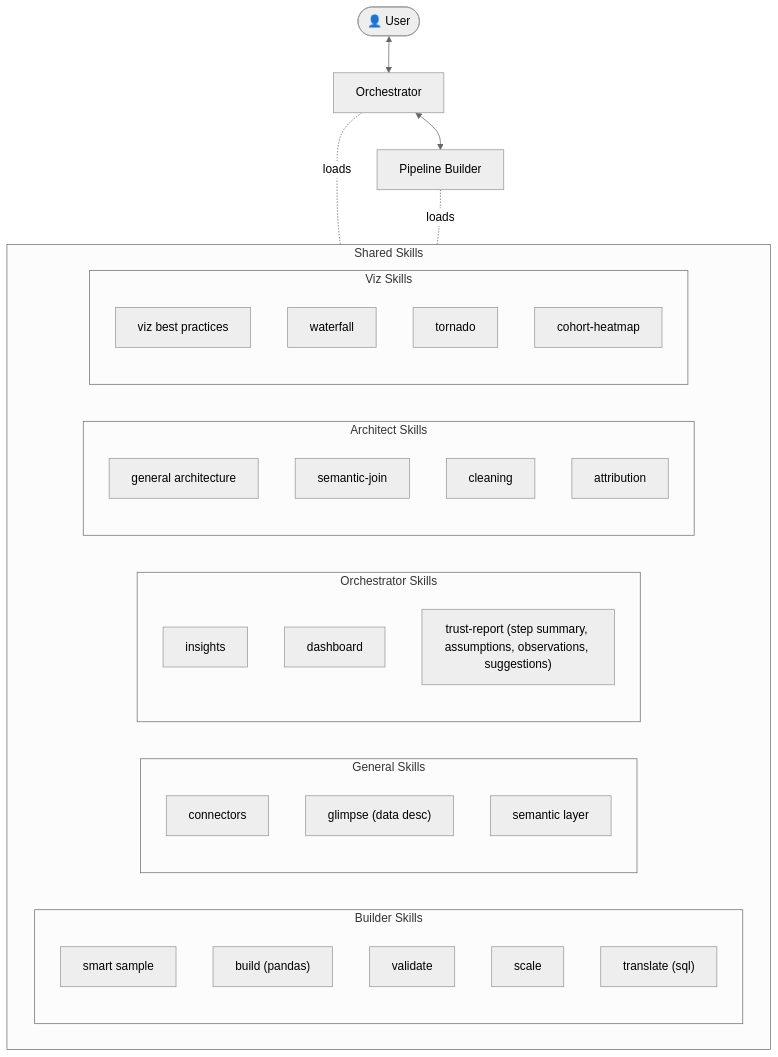
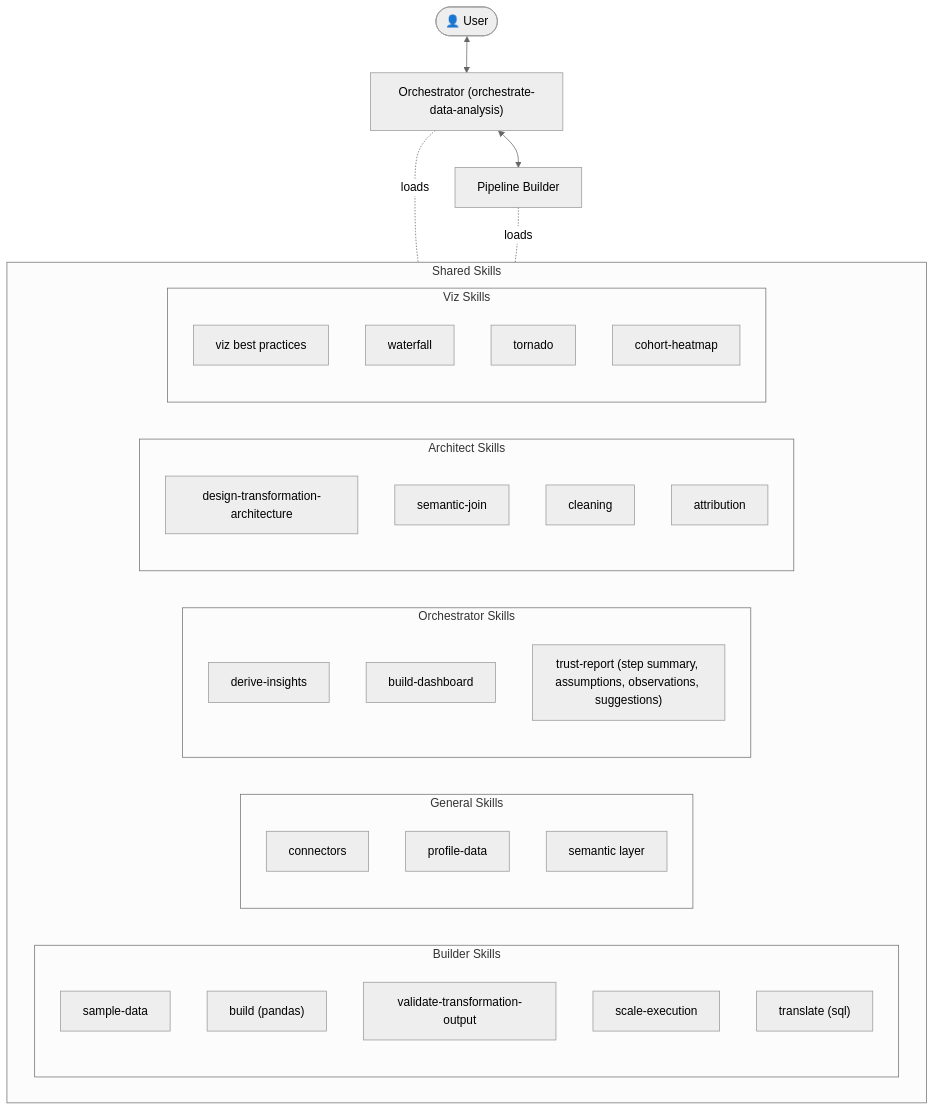
The diagram in yorph-data-analyst/docs/architecture_flat.md (YorphAI/plugin-marketplace), drawn with Mermaid (neutral theme) before and after one commit. The commit also changed 20 other files, not shown here.

````diff
--- a/yorph-data-analyst/docs/architecture_flat.md
+++ b/yorph-data-analyst/docs/architecture_flat.md
@@ -1,44 +1,44 @@
 ```mermaid
 flowchart TD
     User(["👤 User"])
 
-    ORC["Orchestrator"]
+    ORC["Orchestrator (orchestrate-data-analysis)"]
 
     PB["Pipeline Builder"]
 
     subgraph SH["Shared Skills"]
         subgraph BS["Builder Skills"]
-            Sample["smart sample"]
+            Sample["sample-data"]
             BX["build (pandas)"]
-            Validate["validate"]
-            Scale["scale"]
+            Validate["validate-transformation-output"]
+            Scale["scale-execution"]
             Translate["translate (sql)"]
         end
         subgraph GS["General Skills"]
             CN["connectors"]
-            GL["glimpse (data desc)"]
+            GL["profile-data"]
             SL["semantic layer"]
         end
         subgraph OS["Orchestrator Skills"]
-            Insights["insights"]
-            Viz["dashboard"]
+            Insights["derive-insights"]
+            Viz["build-dashboard"]
             Trust["trust-report (step summary, assumptions, observations, suggestions)"]
         end
         subgraph AS["Architect Skills"]
-            Architect["general architecture"]
+            Architect["design-transformation-architecture"]
             SJ["semantic-join"]
             CL["cleaning"]
             AT["attribution"]
         end
         subgraph VS["Viz Skills"]
             VGP["viz best practices"]
             WF["waterfall"]
             TR["tornado"]
             CH["cohort-heatmap"]
         end
     end
 
     User <--> ORC <--> PB
     ORC -. loads .- SH
     PB -. loads .- SH
 ```
````
